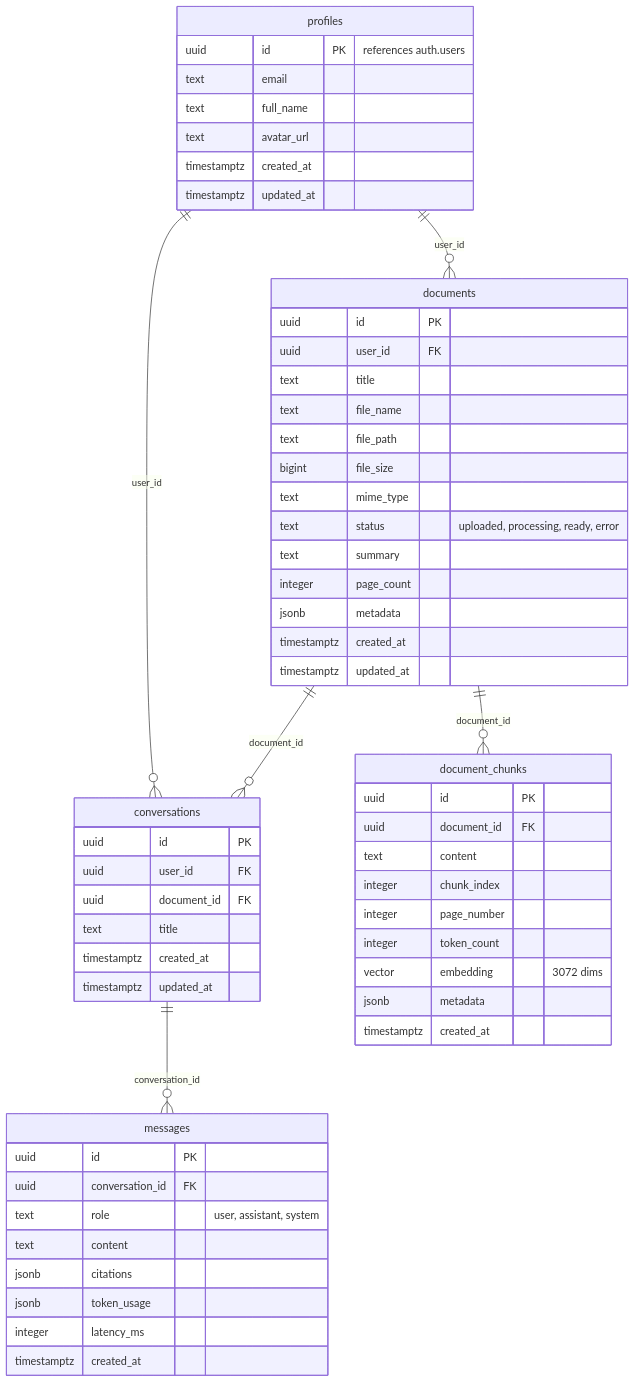
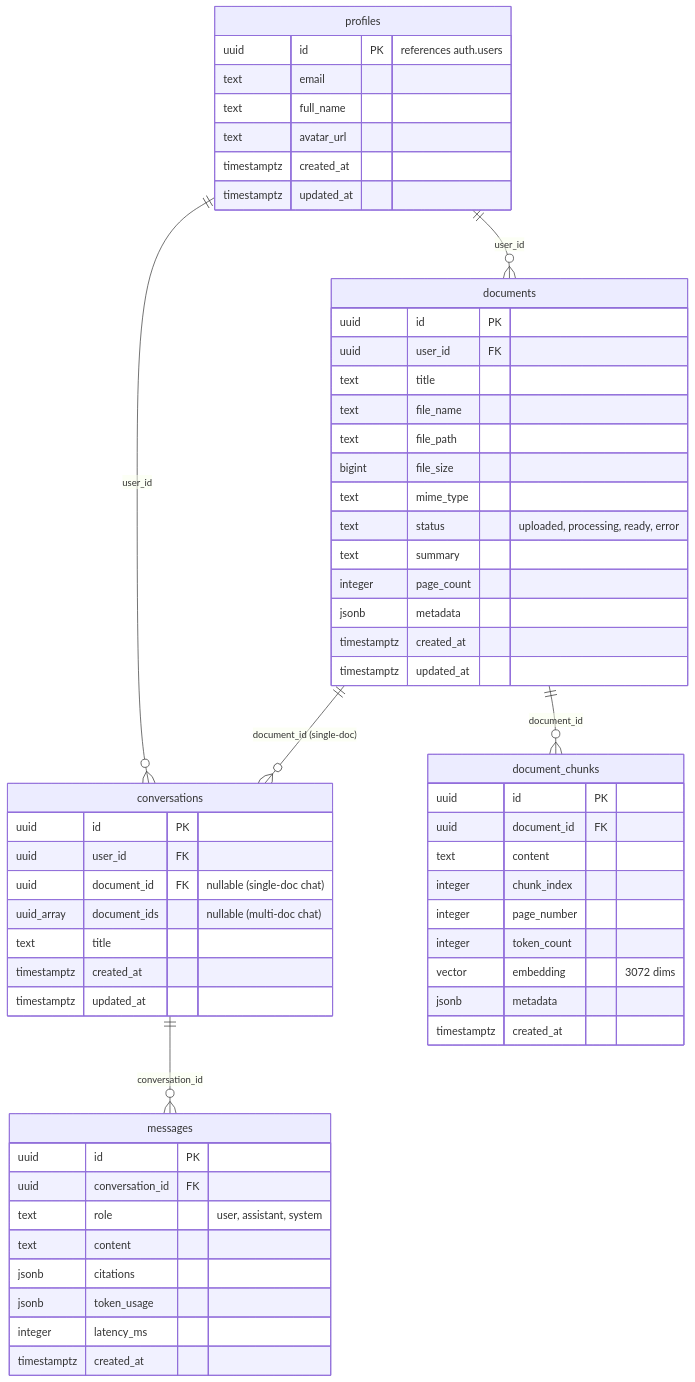
Before and after one commit to SRUN-Sochettra/Research-AI: the diagram in docs/ERD.md, drawn with Mermaid. The commit also changed other lines of this file and 136 other files, not shown here.

````diff
--- a/docs/ERD.md
+++ b/docs/ERD.md
@@ -5,65 +9,66 @@
 ```mermaid
 erDiagram
     profiles ||--o{ documents : "user_id"
     profiles ||--o{ conversations : "user_id"
     documents ||--o{ document_chunks : "document_id"
-    documents ||--o{ conversations : "document_id"
+    documents ||--o{ conversations : "document_id (single-doc)"
     conversations ||--o{ messages : "conversation_id"
 
     profiles {
         uuid id PK "references auth.users"
         text email
         text full_name
         text avatar_url
         timestamptz created_at
         timestamptz updated_at
     }
 
     documents {
         uuid id PK
         uuid user_id FK
         text title
         text file_name
         text file_path
         bigint file_size
         text mime_type
         text status "uploaded, processing, ready, error"
         text summary
         integer page_count
         jsonb metadata
         timestamptz created_at
         timestamptz updated_at
     }
 
     document_chunks {
         uuid id PK
         uuid document_id FK
         text content
         integer chunk_index
         integer page_number
         integer token_count
         vector embedding "3072 dims"
         jsonb metadata
         timestamptz created_at
     }
 
     conversations {
         uuid id PK
         uuid user_id FK
-        uuid document_id FK
+        uuid document_id FK "nullable (single-doc chat)"
+        uuid_array document_ids "nullable (multi-doc chat)"
         text title
         timestamptz created_at
         timestamptz updated_at
     }
 
     messages {
         uuid id PK
         uuid conversation_id FK
         text role "user, assistant, system"
         text content
         jsonb citations
         jsonb token_usage
         integer latency_ms
         timestamptz created_at
     }
 ```
````
